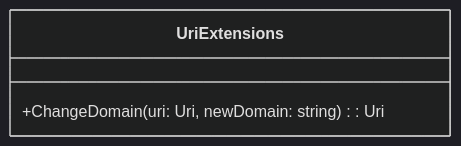
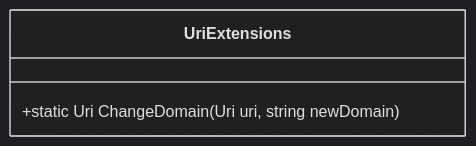
Before and after one commit to IsthmusSistemas/documentacao-tecnica: the second of 2 diagrams in docs/b2b-dominio/IsthmusWinthor.Nucleo/IsthmusWinthor.Dominio/Extensions/UriExtensions.md, drawn with Mermaid (dark theme). The commit also changed other lines of this file and 882 other files, not shown here.

````diff
--- a/docs/b2b-dominio/IsthmusWinthor.Nucleo/IsthmusWinthor.Dominio/Extensions/UriExtensions.md
+++ b/docs/b2b-dominio/IsthmusWinthor.Nucleo/IsthmusWinthor.Dominio/Extensions/UriExtensions.md
@@ -28,6 +36,6 @@
 ```mermaid
 classDiagram
     class UriExtensions {
-        +ChangeDomain(uri: Uri, newDomain: string): Uri
+        +static Uri ChangeDomain(Uri uri, string newDomain)
     }
 ```
````
